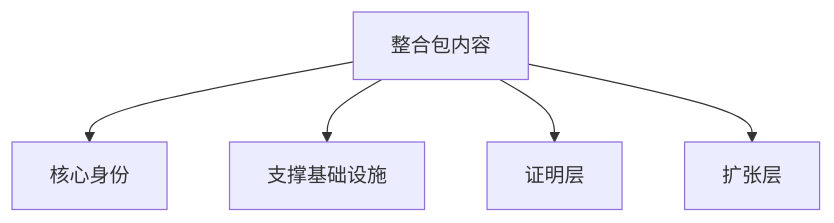
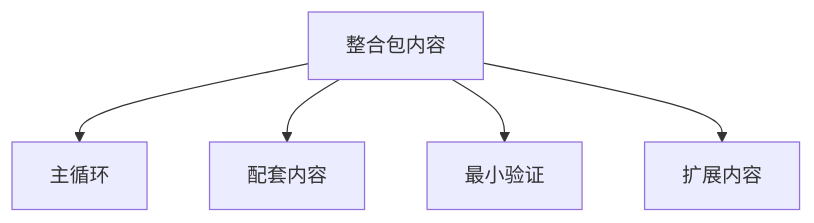
The diagram in docs/src/zh-CN/Grouping/Catalogue.md (PickAID/LostCivilization), drawn with Mermaid before and after one commit. The commit also changed other lines of this file and 98 other files, not shown here.

````diff
--- a/docs/src/zh-CN/Grouping/Catalogue.md
+++ b/docs/src/zh-CN/Grouping/Catalogue.md
@@ -11,7 +11,7 @@
 ```mermaid
 flowchart TD
-    All["整合包内容"] --> Core["核心身份"]
-    All --> Support["支撑基础设施"]
-    All --> Proof["证明层"]
-    All --> Expansion["扩张层"]
+    All["整合包内容"] --> Core["主循环"]
+    All --> Support["配套内容"]
+    All --> Proof["最小验证"]
+    All --> Expansion["扩展内容"]
 ```
````
